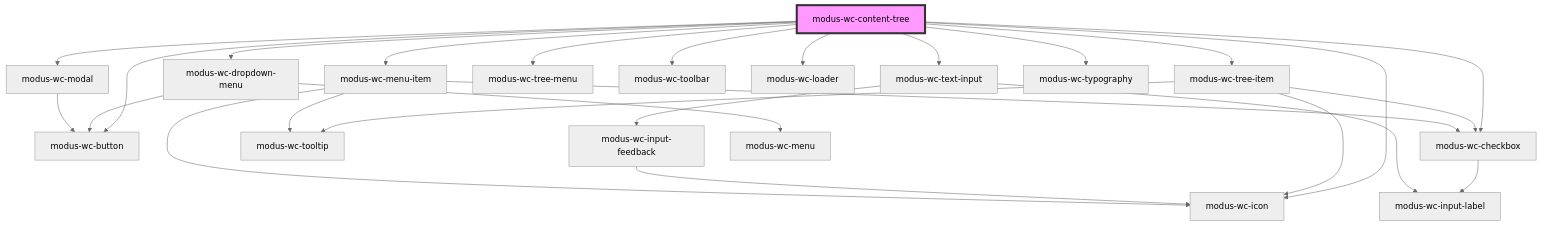
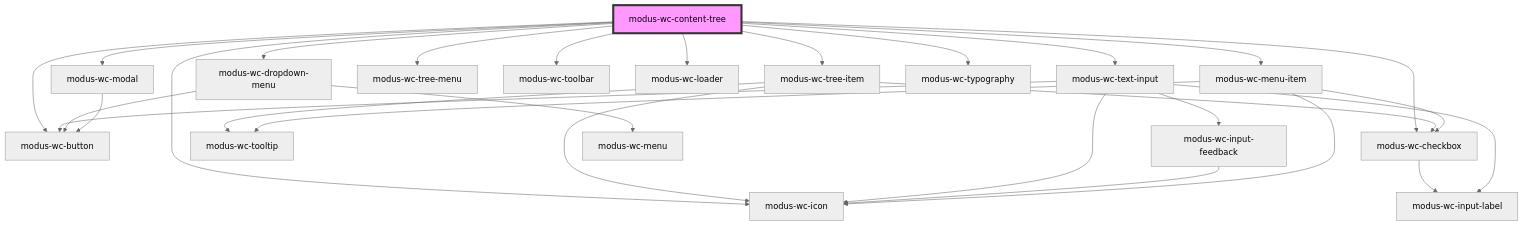
One commit to trimble-oss/modus-wc-2.0 changed the diagram in src/components/modus-wc-content-tree/readme.md. Above: the diagram before and after it, drawn with Mermaid (neutral theme). The commit also changed 11 other files, not shown here.

Commit message:
Text Input: Add Hide/Show option to the password type (#1372)

````diff
--- a/src/components/modus-wc-content-tree/readme.md
+++ b/src/components/modus-wc-content-tree/readme.md
@@ -73,29 +73,31 @@
 ```mermaid
 graph TD;
   modus-wc-content-tree --> modus-wc-tree-item
   modus-wc-content-tree --> modus-wc-button
   modus-wc-content-tree --> modus-wc-icon
   modus-wc-content-tree --> modus-wc-checkbox
   modus-wc-content-tree --> modus-wc-text-input
   modus-wc-content-tree --> modus-wc-dropdown-menu
   modus-wc-content-tree --> modus-wc-menu-item
   modus-wc-content-tree --> modus-wc-tree-menu
   modus-wc-content-tree --> modus-wc-toolbar
   modus-wc-content-tree --> modus-wc-loader
   modus-wc-content-tree --> modus-wc-modal
   modus-wc-content-tree --> modus-wc-typography
   modus-wc-tree-item --> modus-wc-checkbox
   modus-wc-tree-item --> modus-wc-tooltip
   modus-wc-tree-item --> modus-wc-icon
   modus-wc-checkbox --> modus-wc-input-label
   modus-wc-text-input --> modus-wc-input-label
+  modus-wc-text-input --> modus-wc-icon
+  modus-wc-text-input --> modus-wc-button
   modus-wc-text-input --> modus-wc-input-feedback
   modus-wc-input-feedback --> modus-wc-icon
   modus-wc-dropdown-menu --> modus-wc-button
   modus-wc-dropdown-menu --> modus-wc-menu
   modus-wc-menu-item --> modus-wc-checkbox
   modus-wc-menu-item --> modus-wc-tooltip
   modus-wc-menu-item --> modus-wc-icon
   modus-wc-modal --> modus-wc-button
   style modus-wc-content-tree fill:#f9f,stroke:#333,stroke-width:4px
 ```
````
